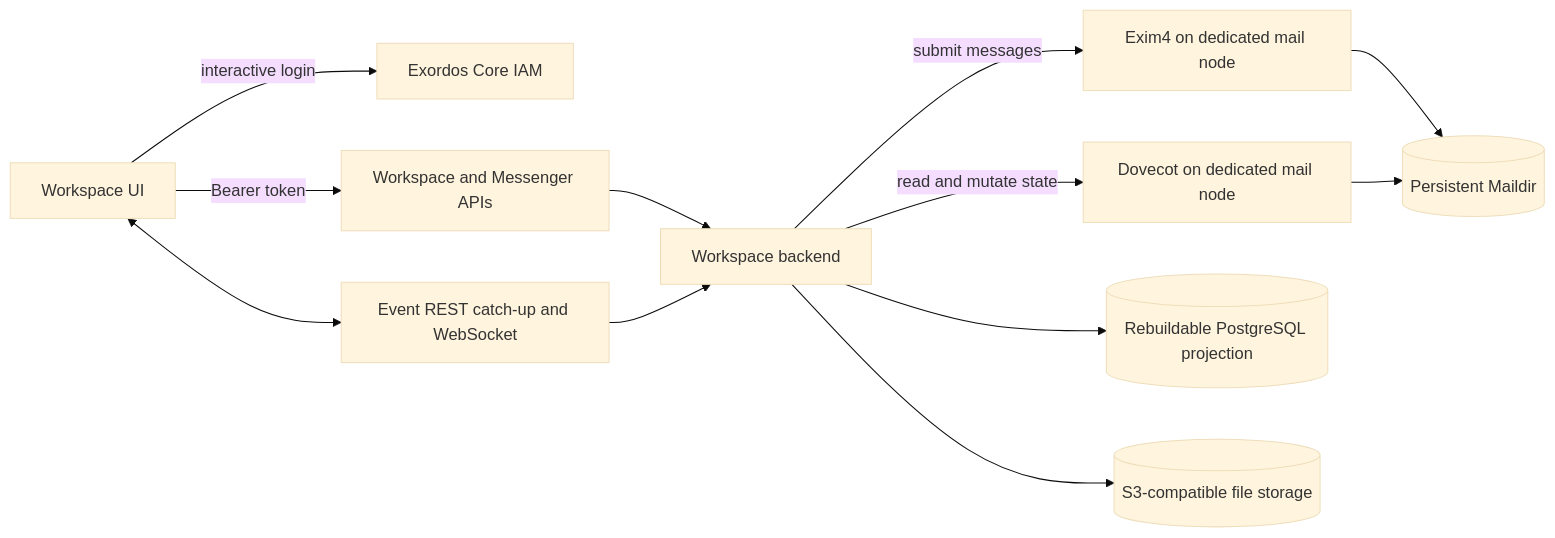
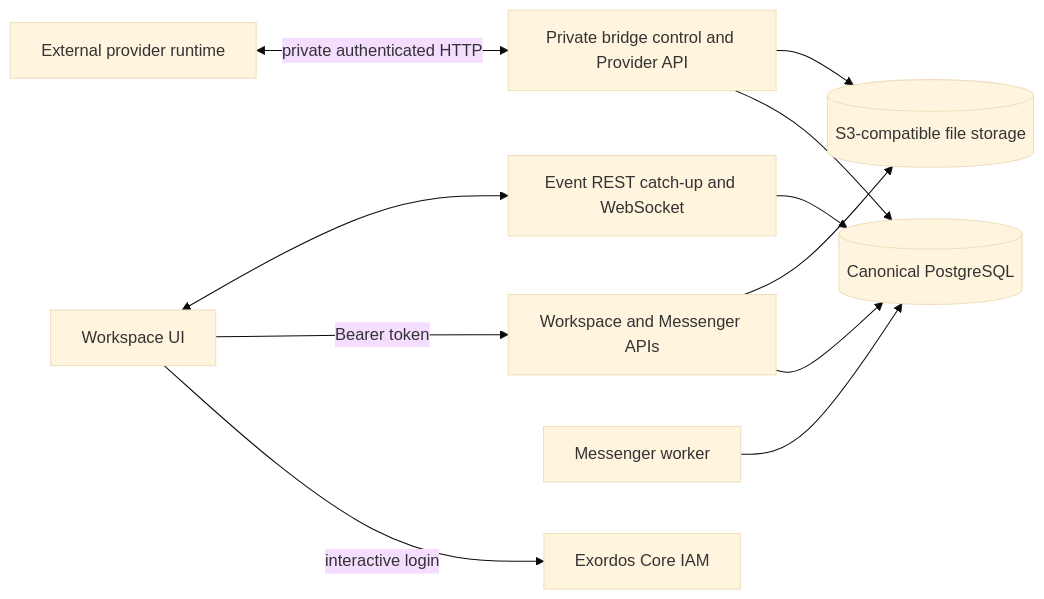
Before and after one commit to exordos/workspace_backend: the diagram in docs/architecture.md, drawn with Mermaid (base theme). The commit also changed other lines of this file and 185 other files, not shown here.

Commit message:
feat(messenger): move canonical state to PostgreSQL

````diff
--- a/docs/architecture.md
+++ b/docs/architecture.md
@@ -29,25 +41,23 @@
 ```mermaid
 flowchart LR
     UI["Workspace UI"]
     IAM["Exordos Core IAM"]
     API["Workspace and Messenger APIs"]
     EVENTS["Event REST catch-up and WebSocket"]
-    BACKEND["Workspace backend"]
-    SMTP["Exim4 on dedicated mail node"]
-    IMAP["Dovecot on dedicated mail node"]
-    MAILDIR[("Persistent Maildir")]
-    PG[("Rebuildable PostgreSQL projection")]
+    WORKER["Messenger worker"]
+    BRIDGEAPI["Private bridge control and Provider API"]
+    PROVIDER["External provider runtime"]
+    PG[("Canonical PostgreSQL")]
     S3[("S3-compatible file storage")]
 
     UI -->|"interactive login"| IAM
     UI -->|"Bearer token"| API
     UI <--> EVENTS
-    API --> BACKEND
-    EVENTS --> BACKEND
-    BACKEND -->|"submit messages"| SMTP
-    BACKEND -->|"read and mutate state"| IMAP
-    SMTP --> MAILDIR
-    IMAP --> MAILDIR
-    BACKEND --> PG
-    BACKEND --> S3
+    API --> PG
+    EVENTS --> PG
+    WORKER --> PG
+    API --> S3
+    BRIDGEAPI --> PG
+    BRIDGEAPI --> S3
+    PROVIDER <-->|"private authenticated HTTP"| BRIDGEAPI
 ```
````
